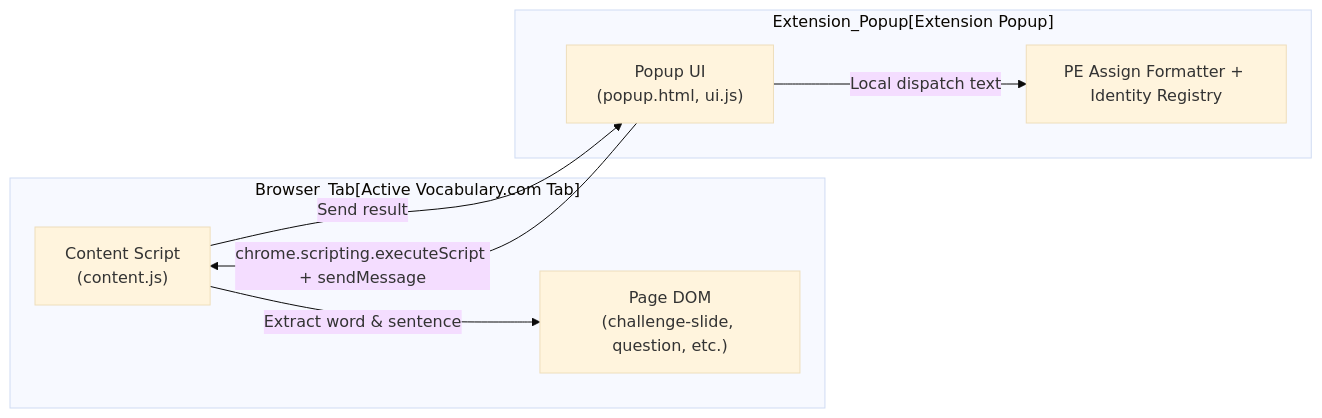
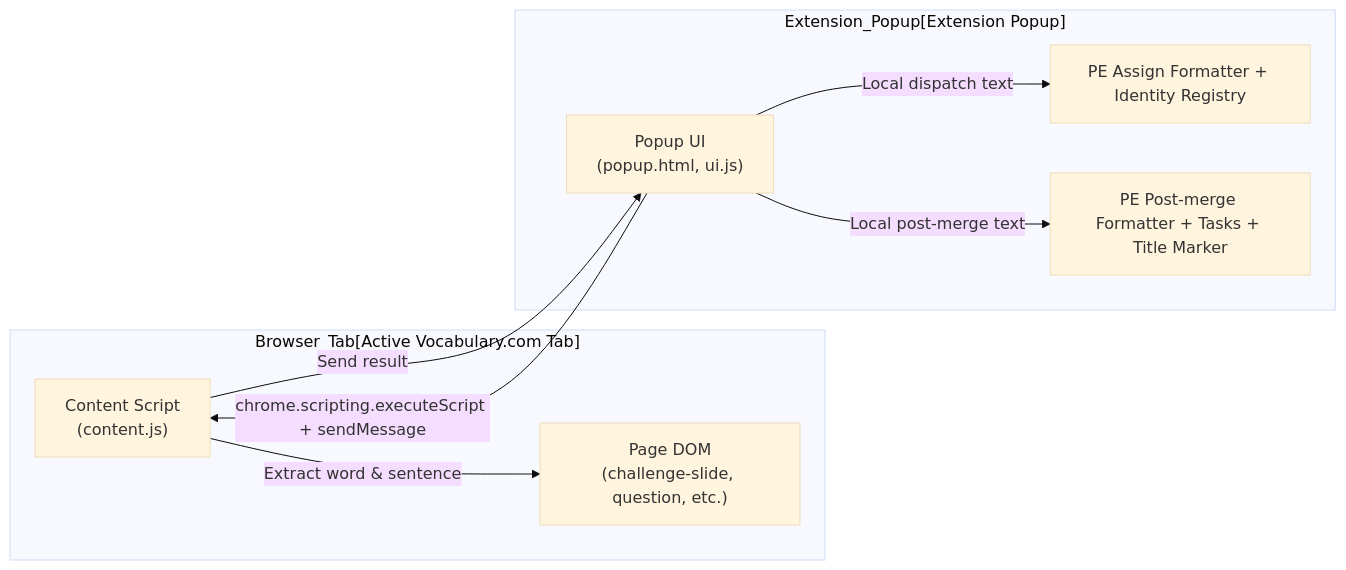
The fourth of 5 diagrams in README.md (HsiehShuJeng/scott-edge-extensions), drawn with Mermaid (base theme) before and after one commit. The commit also changed other lines of this file and 9 other files, not shown here.

First line of the commit message:
feat(programming): refine post-merge modes

````diff
--- a/README.md
+++ b/README.md
@@ -161,15 +173,17 @@
 ```mermaid
 flowchart LR
     subgraph "Browser_Tab[Active Vocabulary.com Tab]"
         PageDOM["Page DOM<br/>(challenge-slide, question, etc.)"]
         ContentScript["Content Script<br/>(content.js)"]
     end
     subgraph "Extension_Popup[Extension Popup]"
         PopupUI["Popup UI<br/>(popup.html, ui.js)"]
         Assign["PE Assign Formatter + Identity Registry"]
+        PostMerge["PE Post-merge Formatter + Tasks + Title Marker"]
+        PopupUI -- "Local post-merge text" --> PostMerge
         PopupUI -- "Local dispatch text" --> Assign
     end
     PopupUI -- "chrome.scripting.executeScript + sendMessage" --> ContentScript
     ContentScript -- "Extract word & sentence" --> PageDOM
     ContentScript -- "Send result" --> PopupUI
 ```
````
